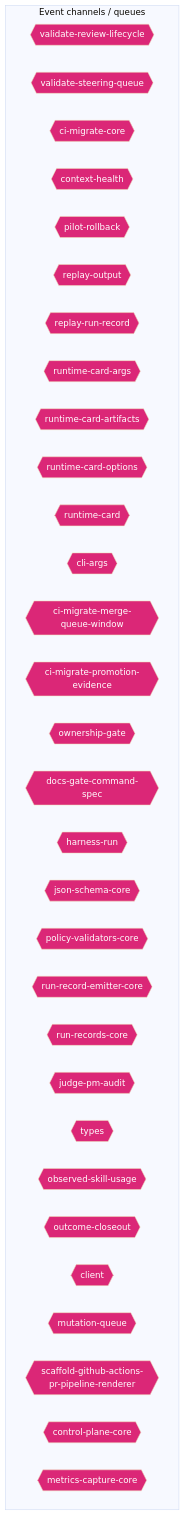
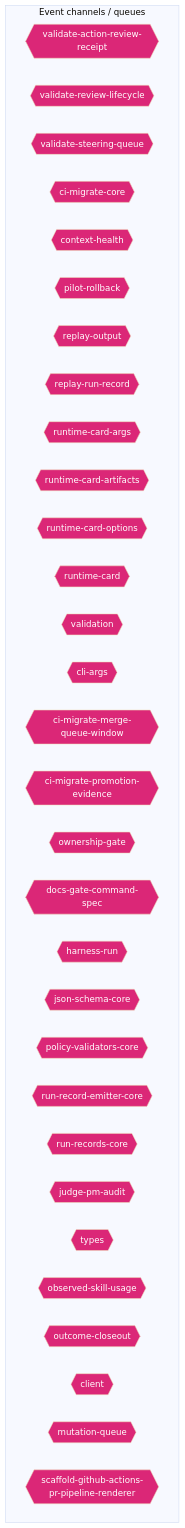
Before and after one commit to jscraik/coding-harness: the ninth of 14 diagrams in AI/context/diagram-context.md, drawn with Mermaid (base theme). The commit also changed other lines of this file and 9 other files, not shown here.

First line of the commit message:
docs(architecture): refresh action review diagrams

````diff
--- a/AI/context/diagram-context.md
+++ b/AI/context/diagram-context.md
@@ -1180,38 +1190,38 @@
 ```mermaid
 flowchart TD
   subgraph Channels["Event channels / queues"]
+    validate_action_review_receipt_fa2f06c3{{"validate-action-review-receipt"}}
     validate_review_lifecycle_0b410d1e{{"validate-review-lifecycle"}}
     validate_steering_queue_4bc0cc94{{"validate-steering-queue"}}
     ci_migrate_core_7005b5af{{"ci-migrate-core"}}
     context_health_80bb7da9{{"context-health"}}
     pilot_rollback_00c1f82c{{"pilot-rollback"}}
     replay_output_993eda9e{{"replay-output"}}
     replay_run_record_9a08cce2{{"replay-run-record"}}
     runtime_card_args_2b3d4b28{{"runtime-card-args"}}
     runtime_card_artifacts_143b799c{{"runtime-card-artifacts"}}
     runtime_card_options_c9156ad5{{"runtime-card-options"}}
     runtime_card_e06b53e1{{"runtime-card"}}
+    validation_98c41dcd{{"validation"}}
     cli_args_1_6144b055{{"cli-args"}}
     ci_migrate_merge_queue_window_0070bd6d{{"ci-migrate-merge-queue-window"}}
     ci_migrate_promotion_evidence_1a2dc527{{"ci-migrate-promotion-evidence"}}
     ownership_gate_2e194d13{{"ownership-gate"}}
     docs_gate_command_spec_16795187{{"docs-gate-command-spec"}}
     harness_run_c0761792{{"harness-run"}}
     json_schema_core_96d7e328{{"json-schema-core"}}
     policy_validators_core_714a3fe7{{"policy-validators-core"}}
     run_record_emitter_core_688049d5{{"run-record-emitter-core"}}
     run_records_core_89286dfa{{"run-records-core"}}
     judge_pm_audit_ccd20b35{{"judge-pm-audit"}}
-    types_8_f6283648{{"types"}}
+    types_9_1db4641f{{"types"}}
     observed_skill_usage_ed7d5930{{"observed-skill-usage"}}
     outcome_closeout_ba497ec2{{"outcome-closeout"}}
     client_948fe603{{"client"}}
     mutation_queue_ce5a530e{{"mutation-queue"}}
     scaffold_github_actions_pr_pipeline_renderer_1ee18de5{{"scaffold-github-actions-pr-pipeline-renderer"}}
-    control_plane_core_db3b4cb2{{"control-plane-core"}}
-    metrics_capture_core_db4bf7cf{{"metrics-capture-core"}}
   end
   classDef eventNode fill:#db2777,color:#fff
-  class validate_review_lifecycle_0b410d1e,validate_steering_queue_4bc0cc94,ci_migrate_core_7005b5af,context_health_80bb7da9,pilot_rollback_00c1f82c,replay_output_993eda9e,replay_run_record_9a08cce2,runtime_card_args_2b3d4b28,runtime_card_artifacts_143b799c,runtime_card_options_c9156ad5,runtime_card_e06b53e1,cli_args_1_6144b055,ci_migrate_merge_queue_window_0070bd6d,ci_migrate_promotion_evidence_1a2dc527,ownership_gate_2e194d13,docs_gate_command_spec_16795187,harness_run_c0761792,json_schema_core_96d7e328,policy_validators_core_714a3fe7,run_record_emitter_core_688049d5,run_records_core_89286dfa,judge_pm_audit_ccd20b35,types_8_f6283648,observed_skill_usage_ed7d5930,outcome_closeout_ba497ec2,client_948fe603,mutation_queue_ce5a530e,scaffold_github_actions_pr_pipeline_renderer_1ee18de5,control_plane_core_db3b4cb2,metrics_capture_core_db4bf7cf eventNode
+  class validate_action_review_receipt_fa2f06c3,validate_review_lifecycle_0b410d1e,validate_steering_queue_4bc0cc94,ci_migrate_core_7005b5af,context_health_80bb7da9,pilot_rollback_00c1f82c,replay_output_993eda9e,replay_run_record_9a08cce2,runtime_card_args_2b3d4b28,runtime_card_artifacts_143b799c,runtime_card_options_c9156ad5,runtime_card_e06b53e1,validation_98c41dcd,cli_args_1_6144b055,ci_migrate_merge_queue_window_0070bd6d,ci_migrate_promotion_evidence_1a2dc527,ownership_gate_2e194d13,docs_gate_command_spec_16795187,harness_run_c0761792,json_schema_core_96d7e328,policy_validators_core_714a3fe7,run_record_emitter_core_688049d5,run_records_core_89286dfa,judge_pm_audit_ccd20b35,types_9_1db4641f,observed_skill_usage_ed7d5930,outcome_closeout_ba497ec2,client_948fe603,mutation_queue_ce5a530e,scaffold_github_actions_pr_pipeline_renderer_1ee18de5 eventNode
 
 ```
````
